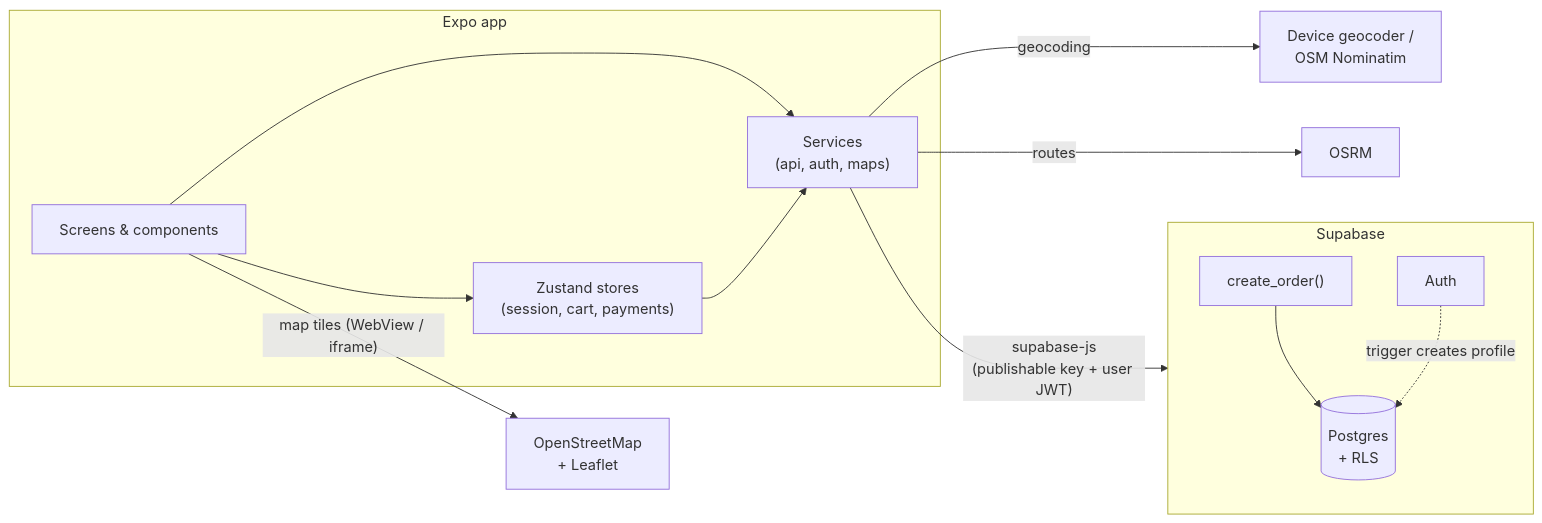
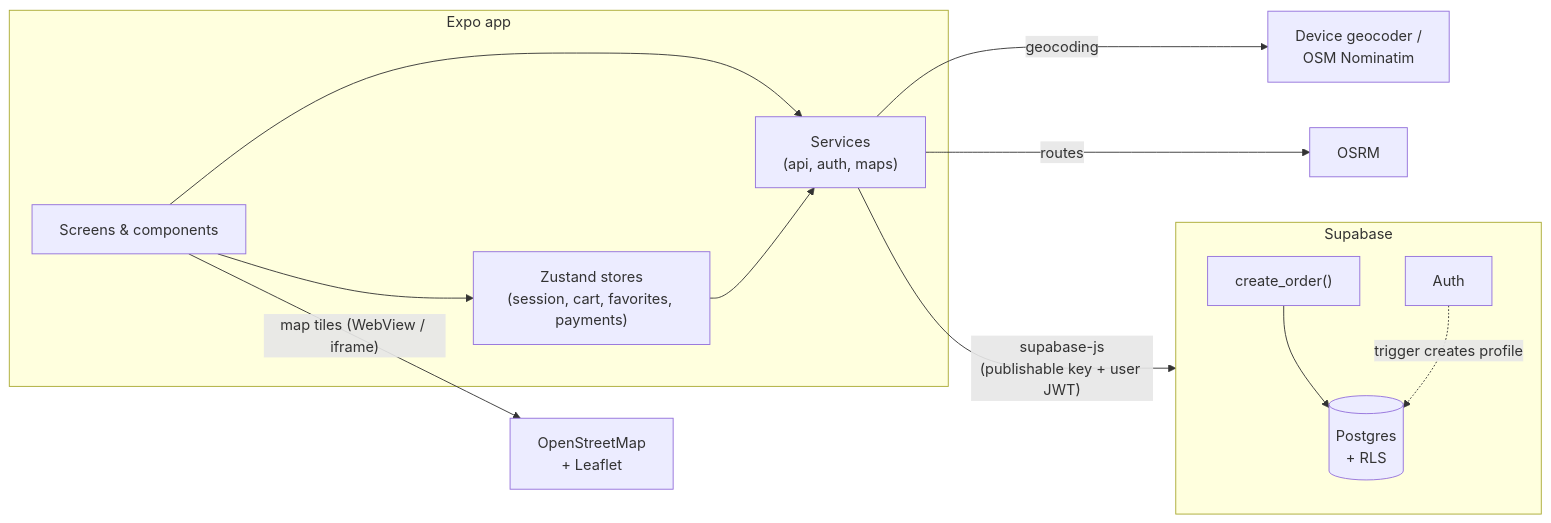
Before and after one commit to DevKevZeb/compraYa: the first of 2 diagrams in README.md, drawn with Mermaid. The commit also changed other lines of this file and 11 other files, not shown here.

````diff
--- a/README.md
+++ b/README.md
@@ -68,21 +86,21 @@
 ```mermaid
 flowchart LR
   subgraph App["Expo app"]
-    UI["Screens & components"] --> Stores["Zustand stores<br/>(session, cart, payments)"]
+    UI["Screens & components"] --> Stores["Zustand stores<br/>(session, cart, favorites, payments)"]
     UI --> Services["Services<br/>(api, auth, maps)"]
     Stores --> Services
   end
 
   Services -->|"supabase-js<br/>(publishable key + user JWT)"| Supabase
   Services -->|geocoding| Nominatim["Device geocoder /<br/>OSM Nominatim"]
   UI -->|"map tiles (WebView / iframe)"| OSM["OpenStreetMap<br/>+ Leaflet"]
   Services -->|routes| OSRM["OSRM"]
 
   subgraph Supabase
     Auth["Auth"]
     DB[("Postgres<br/>+ RLS")]
     RPC["create_order()"]
     RPC --> DB
     Auth -. "trigger creates profile" .-> DB
   end
 ```
````
